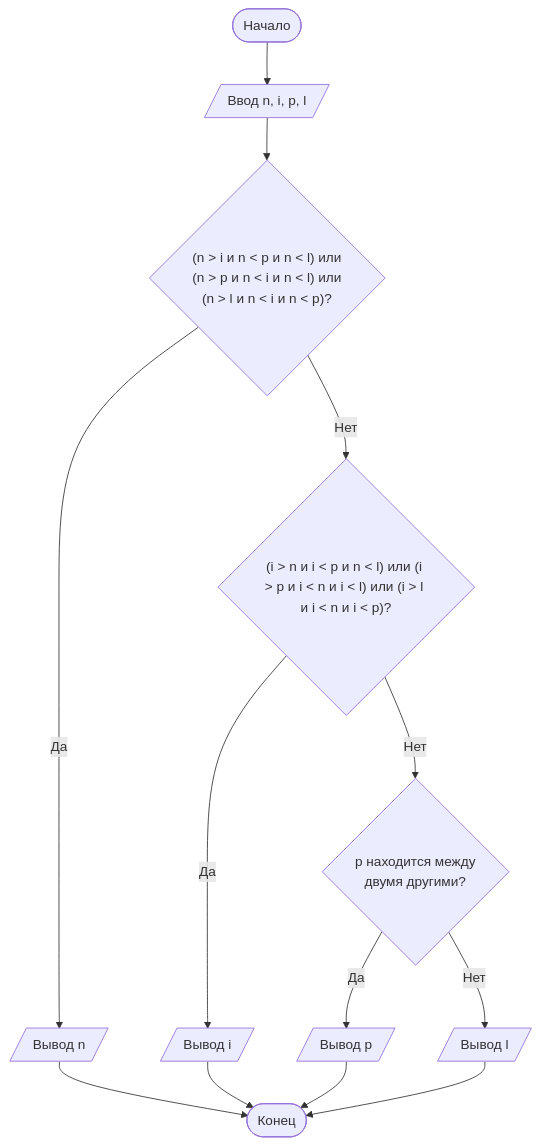
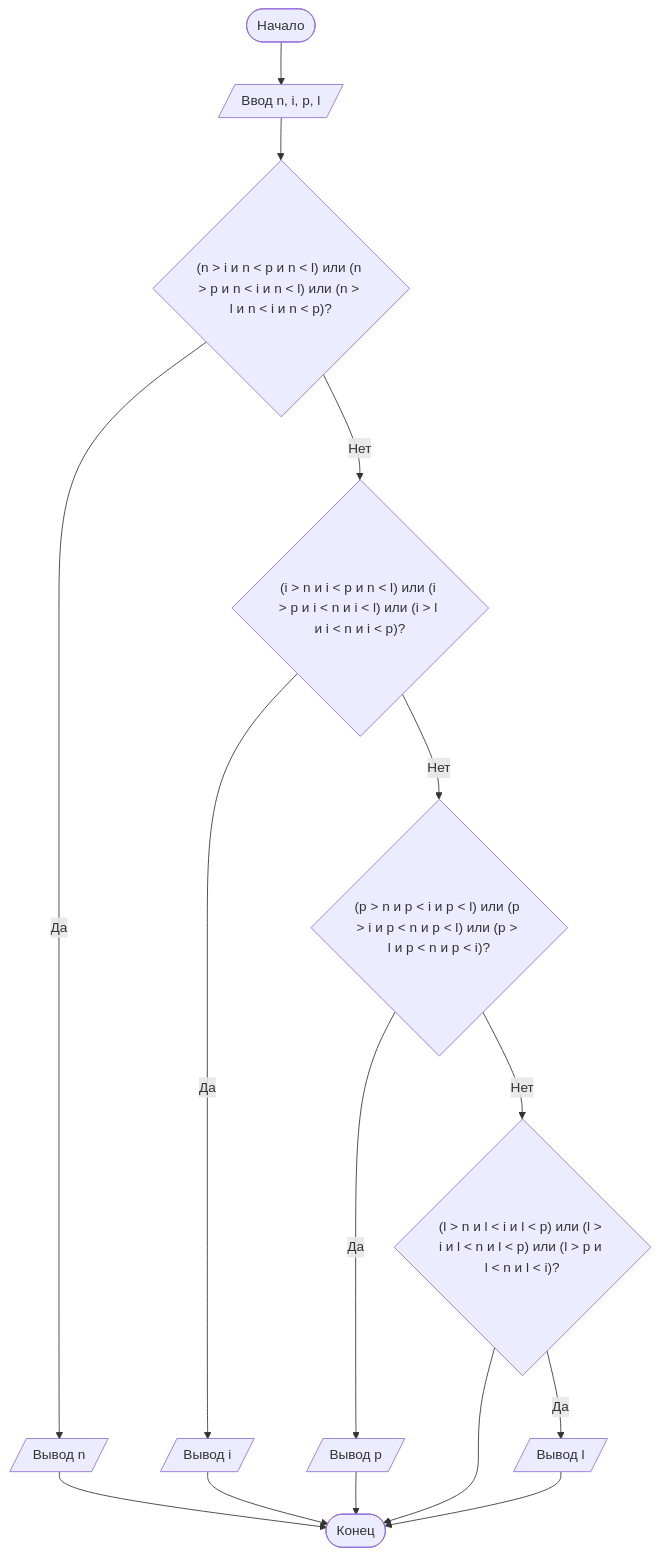
The diagram in README.md (Fipip28/laboratornaya-rabota-1), drawn with Mermaid before and after one commit.

````diff
--- a/README.md
+++ b/README.md
@@ -110,15 +110,17 @@
 ```mermaid
 graph TD
     A([Начало]) --> B[/Ввод n, i, p, l/]
-    B --> C{"(n > i и n < p и n < l) или <br/>(n > p и n < i и n < l) или <br/>(n > l и n < i и n < p)?"}
+    B --> C{"(n > i и n < p и n < l) или (n > p и n < i и n < l) или (n > l и n < i и n < p)?"}
     C -- Да --> D[/Вывод n/]
     C -- Нет --> E{"(i > n и i < p и n < l) или (i > p и i < n и i < l) или (i > l и i < n и i < p)?"}
     E -- Да --> F[/Вывод i/]
-    E -- Нет --> G{p находится между<br/>двумя другими?}
+    E -- Нет --> G{"(p > n и p < i и p < l) или (p > i и p < n и p < l) или (p > l и p < n и p < i)?"}
     G -- Да --> H[/Вывод p/]
-    G -- Нет --> I[/Вывод l/]
+    G -- Нет --> I{"(l > n и l < i и l < p) или (l > i и l < n и l < p) или (l > p и l < n и l < i)?"}
+    I -- Да --> K[/Вывод l/]
     D --> J([Конец])
     F --> J
     H --> J
     I --> J
+    K --> J
 ```
````
